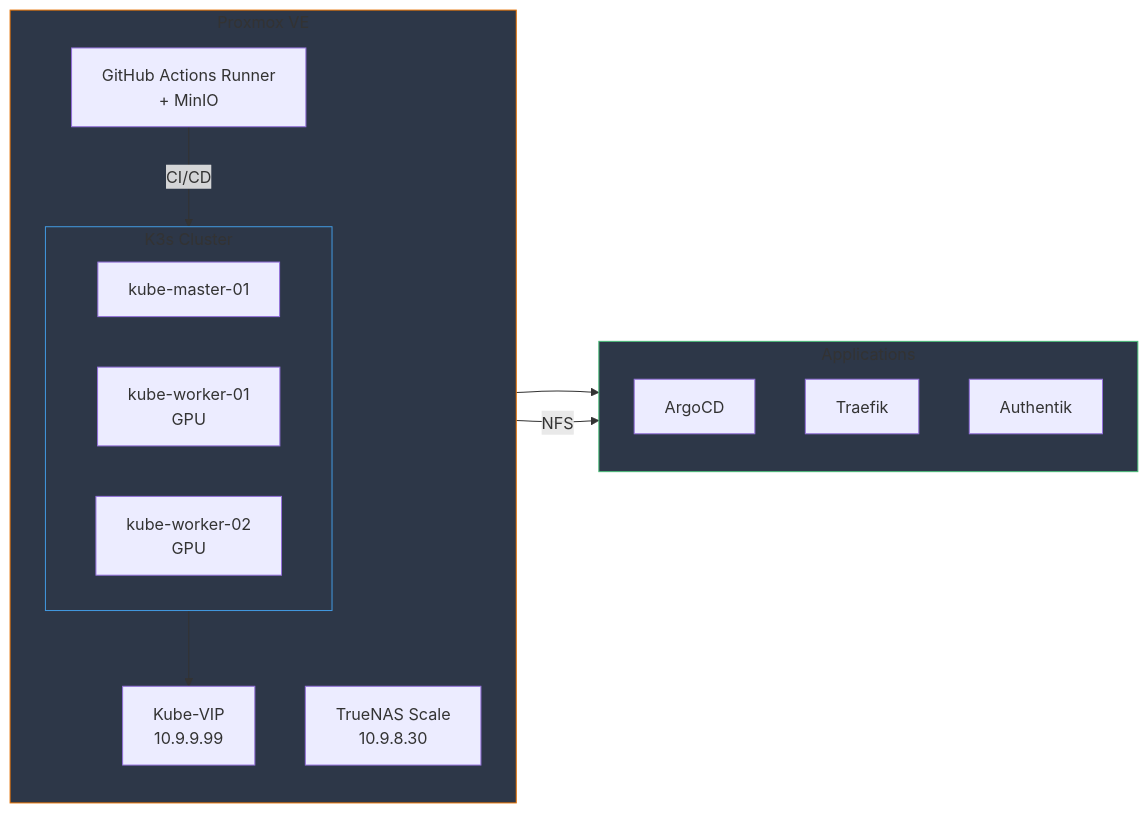
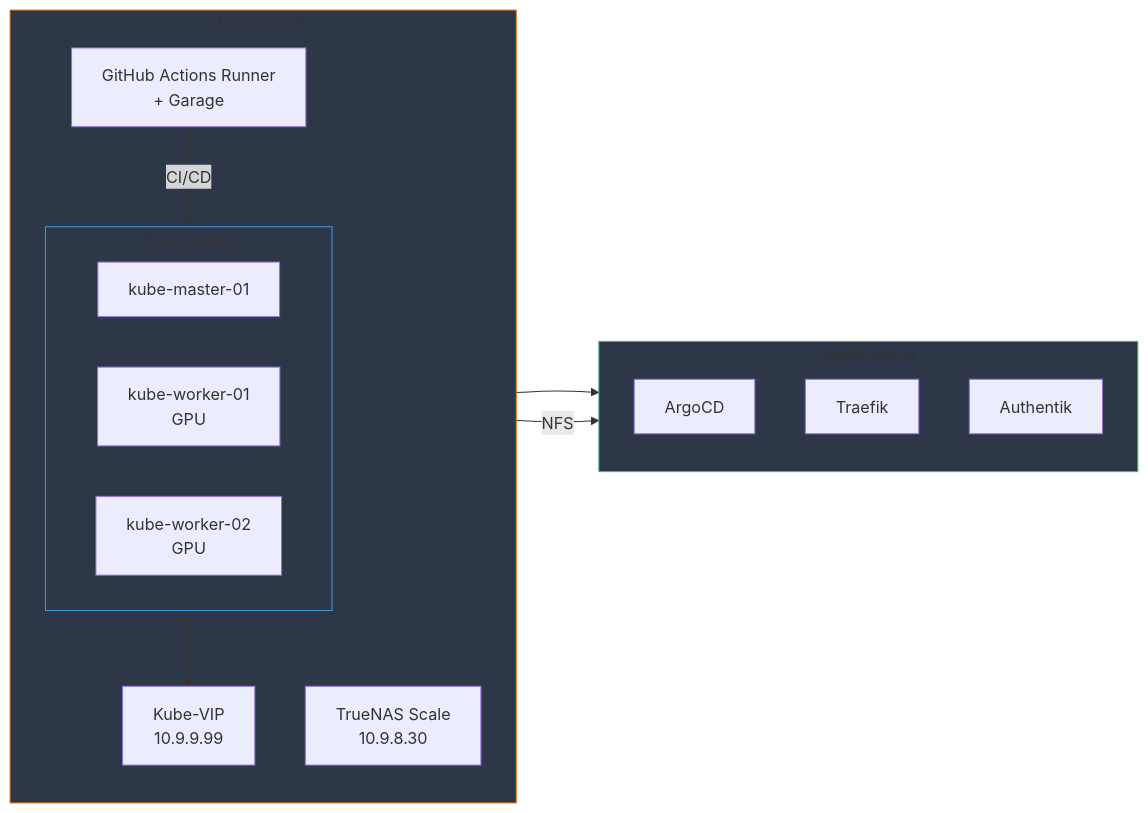
One commit to Starktastic-Homelab/.github changed the second of 6 diagrams in profile/README.md. Above: the diagram before and after it, drawn with Mermaid. The commit also changed other lines of this file, not shown here.

Commit message:
docs: update profile README for MinIO to Garage migration

````diff
--- a/profile/README.md
+++ b/profile/README.md
@@ -45,24 +45,24 @@
 ```mermaid
 flowchart LR
     subgraph Proxmox["Proxmox VE"]
         direction TB
         subgraph Cluster["K3s Cluster"]
             Master["kube-master-01"] & Worker1["kube-worker-01<br/>GPU"] & Worker2["kube-worker-02<br/>GPU"]
         end
         VIP["Kube-VIP<br/>10.9.9.99"]
-        Runner["GitHub Actions Runner<br/>+ MinIO"]
+        Runner["GitHub Actions Runner<br/>+ Garage"]
         TrueNAS["TrueNAS Scale<br/>10.9.8.30"]
     end
     
     subgraph Apps["Applications"]
         ArgoCD[ArgoCD] & Traefik[Traefik] & Authentik[Authentik]
     end
     
     Cluster --> VIP --> Apps
     TrueNAS -->|NFS| Apps
     Runner -->|CI/CD| Cluster
     
     style Proxmox fill:#2d3748,stroke:#e57000
     style Cluster fill:#2d3748,stroke:#4299e1
     style Apps fill:#2d3748,stroke:#48bb78
 ```
````
